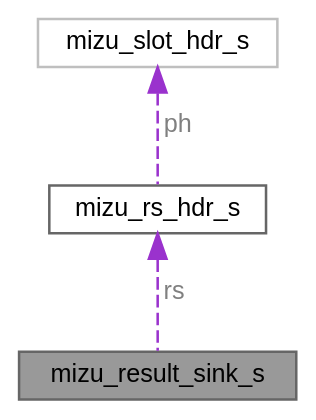
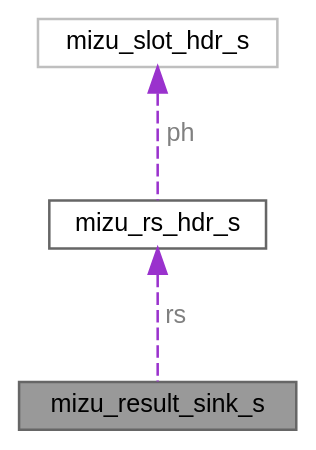
One commit to shikokuchuo/libmizu changed the diagram in structmizu__result__sink__s__coll__graph.dot. Above: the diagram before and after it, drawn with Graphviz. The commit also changed 176 other files, not shown here.

```diff
--- a/structmizu__result__sink__s__coll__graph.dot
+++ b/structmizu__result__sink__s__coll__graph.dot
@@ -1,12 +1,14 @@
 digraph "mizu_result_sink_s"
 {
  // LATEX_PDF_SIZE
   bgcolor="transparent";
   edge [fontname=Helvetica,fontsize=10,labelfontname=Helvetica,labelfontsize=10];
   node [fontname=Helvetica,fontsize=10,shape=box,height=0.2,width=0.4];
   Node1 [id="Node000001",label="mizu_result_sink_s",height=0.2,width=0.4,color="gray40", fillcolor="grey60", style="filled", fontcolor="black",tooltip="The result-sink struct: the core fills it from a claimed entry and hands it to exec_fn; the binding p..."];
-  Node2 -> Node1 [id="edge1_Node000001_Node000002",dir="back",color="darkorchid3",style="dashed",tooltip=" ",label=" rs",fontcolor="grey" ];
+  Node2 -> Node1 [id="edge1_Node000001_Node000002",dir="back",color="darkorchid3",style="dashed",tooltip=" ",label=<<TABLE CELLBORDER="0" BORDER="0"><TR><TD VALIGN="top" ALIGN="LEFT" CELLPADDING="1" CELLSPACING="0">rs</TD></TR>
+</TABLE>> ,fontcolor="grey" ];
   Node2 [id="Node000002",label="mizu_rs_hdr_s",height=0.2,width=0.4,color="gray40", fillcolor="white", style="filled",URL="$structmizu__rs__hdr__s.html",tooltip="Result slot header; the payload framing header sits at offset 24 and payload bytes at 40."];
-  Node3 -> Node2 [id="edge2_Node000002_Node000003",dir="back",color="darkorchid3",style="dashed",tooltip=" ",label=" ph",fontcolor="grey" ];
+  Node3 -> Node2 [id="edge2_Node000002_Node000003",dir="back",color="darkorchid3",style="dashed",tooltip=" ",label=<<TABLE CELLBORDER="0" BORDER="0"><TR><TD VALIGN="top" ALIGN="LEFT" CELLPADDING="1" CELLSPACING="0">ph</TD></TR>
+</TABLE>> ,fontcolor="grey" ];
   Node3 [id="Node000003",label="mizu_slot_hdr_s",height=0.2,width=0.4,color="grey75", fillcolor="white", style="filled",URL="$structmizu__slot__hdr__s.html",tooltip=" "];
 }
```
